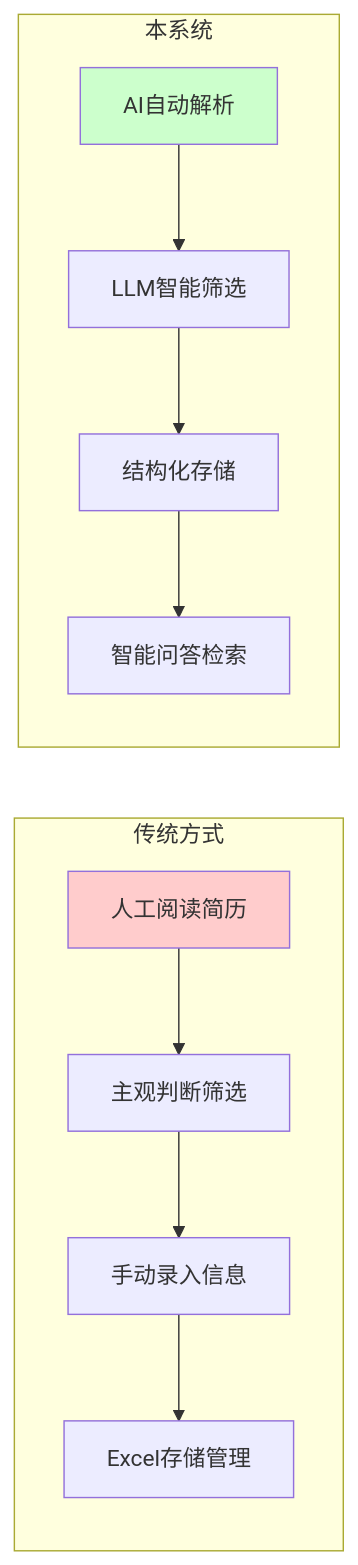
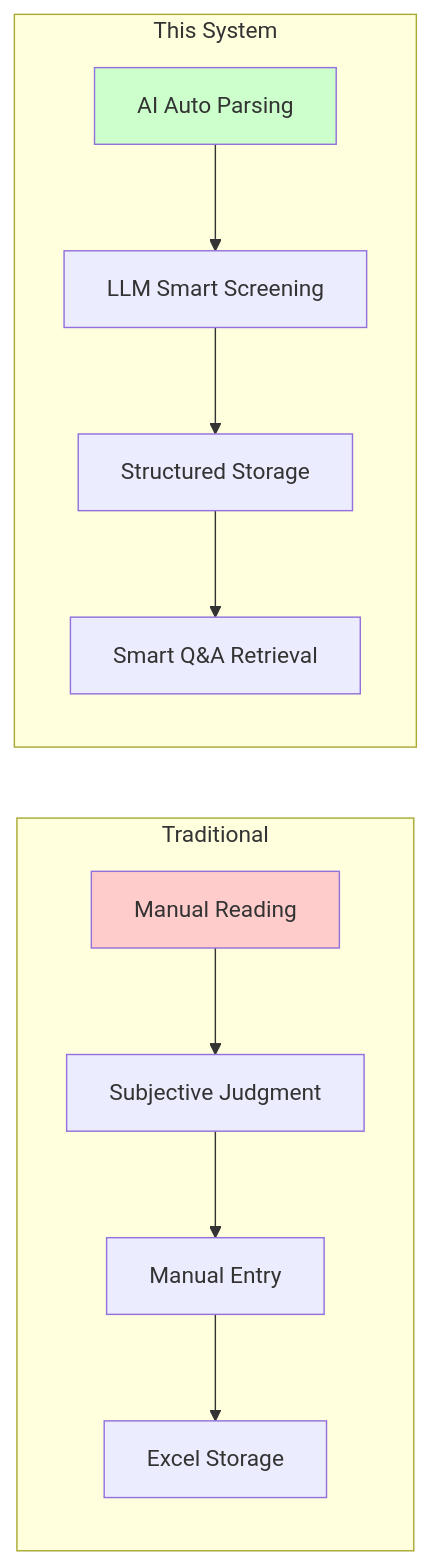
Before and after one commit to xt765/ResumeScreening: the first of 6 diagrams in README.md, drawn with Mermaid. The commit also changed other lines of this file and 7 other files, not shown here.

````diff
--- a/README.md
+++ b/README.md
@@ -43,17 +43,17 @@
 ```mermaid
 graph LR
-    subgraph 传统方式
-        A1[人工阅读简历] --> A2[主观判断筛选]
-        A2 --> A3[手动录入信息]
-        A3 --> A4[Excel存储管理]
+    subgraph Traditional
+        A1[Manual Reading] --> A2[Subjective Judgment]
+        A2 --> A3[Manual Entry]
+        A3 --> A4[Excel Storage]
     end
-  
-    subgraph 本系统
-        B1[AI自动解析] --> B2[LLM智能筛选]
-        B2 --> B3[结构化存储]
-        B3 --> B4[智能问答检索]
+    
+    subgraph This System
+        B1[AI Auto Parsing] --> B2[LLM Smart Screening]
+        B2 --> B3[Structured Storage]
+        B3 --> B4[Smart Q&A Retrieval]
     end
-  
+    
     style A1 fill:#ffcccc
     style B1 fill:#ccffcc
 ```
````
